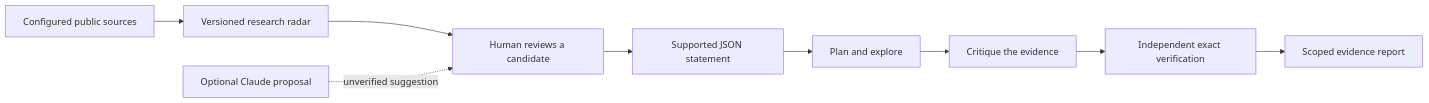
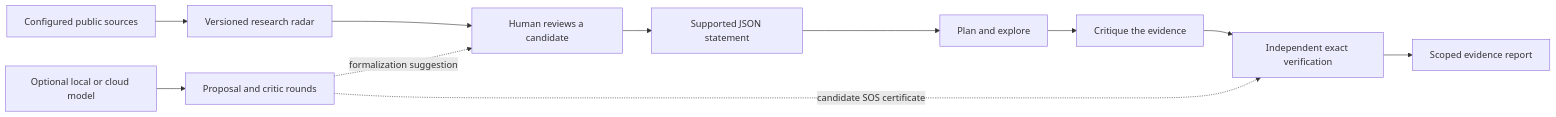
The diagram in docs/ANAXIA.md (creelie/OpenGluon), drawn with Mermaid before and after one commit. The commit also changed other lines of this file and 86 other files, not shown here.

Commit message:
Expand verified conjecture research and local model campaigns

````diff
--- a/docs/ANAXIA.md
+++ b/docs/ANAXIA.md
@@ -7,11 +7,13 @@
 ```mermaid
 flowchart LR
     S[Configured public sources] --> R[Versioned research radar]
     R --> H[Human reviews a candidate]
     H --> J[Supported JSON statement]
     J --> P[Plan and explore]
     P --> C[Critique the evidence]
     C --> V[Independent exact verification]
     V --> E[Scoped evidence report]
-    M[Optional Claude proposal] -. unverified suggestion .-> H
+    M[Optional local or cloud model] --> Q[Proposal and critic rounds]
+    Q -. candidate SOS certificate .-> V
+    Q -. formalization suggestion .-> H
 ```
````
